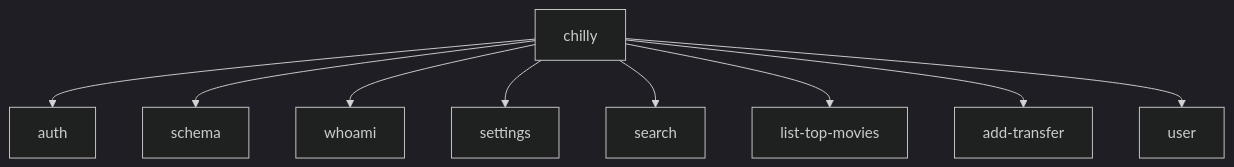
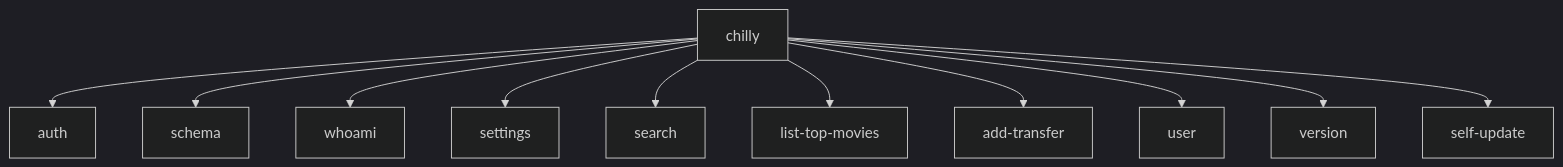
One commit to chill-institute/cli changed the second of 5 diagrams in docs/ARCHITECTURE.md. Above: the diagram before and after it, drawn with Mermaid (dark theme). The commit also changed other lines of this file and 46 other files, not shown here.

````diff
--- a/docs/ARCHITECTURE.md
+++ b/docs/ARCHITECTURE.md
@@ -28,11 +30,13 @@
 ```mermaid
 graph TD
   Root["chilly"] --> Auth["auth"]
   Root --> Schema["schema"]
   Root --> Whoami["whoami"]
   Root --> Settings["settings"]
   Root --> Search["search"]
   Root --> TopMovies["list-top-movies"]
   Root --> Transfer["add-transfer"]
   Root --> User["user"]
+  Root --> Version["version"]
+  Root --> SelfUpdate["self-update"]
 ```
````
